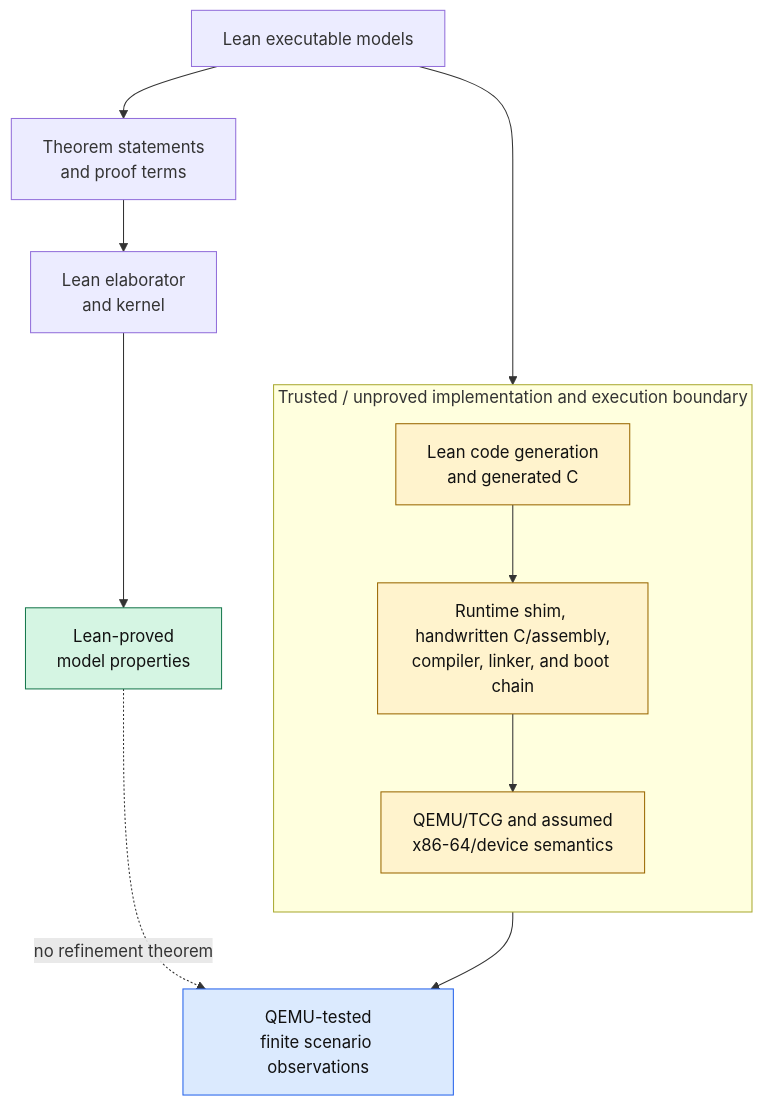
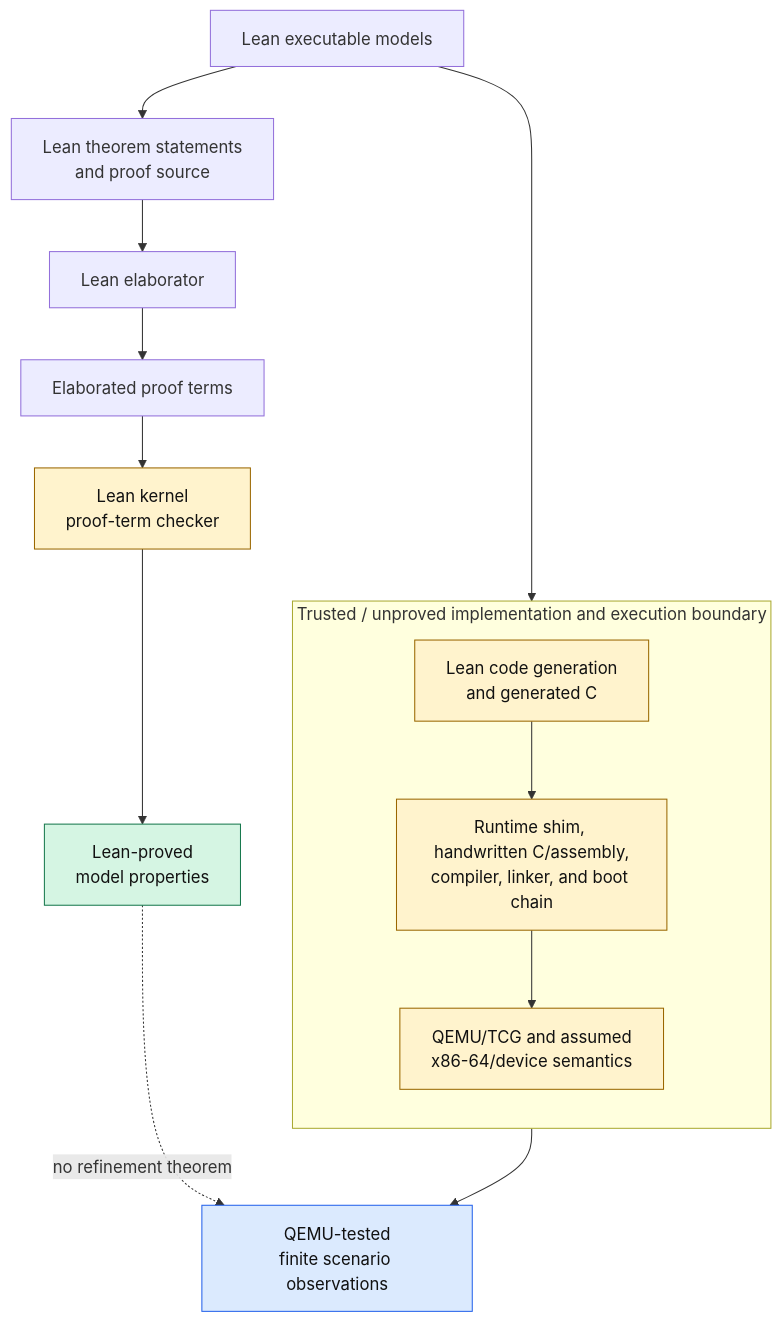
The diagram in README.md (rudi-cilibrasi/leanos), drawn with Mermaid before and after one commit. The commit also changed other lines of this file, not shown here.

Commit message:
docs: show proof checker trust boundary

````diff
--- a/README.md
+++ b/README.md
@@ -20,25 +20,27 @@
 ```mermaid
 flowchart TB
-    M["Lean executable models"] --> T["Theorem statements<br/>and proof terms"]
-    T --> K["Lean elaborator<br/>and kernel"]
+    M["Lean executable models"] --> T["Lean theorem statements<br/>and proof source"]
+    T --> E["Lean elaborator"]
+    E --> R["Elaborated proof terms"]
+    R --> K["Lean kernel<br/>proof-term checker"]
     K --> P["Lean-proved<br/>model properties"]
 
     M --> G
     subgraph TCB["Trusted / unproved implementation and execution boundary"]
         direction TB
         G["Lean code generation<br/>and generated C"]
         B["Runtime shim, handwritten C/assembly,<br/>compiler, linker, and boot chain"]
         Q["QEMU/TCG and assumed<br/>x86-64/device semantics"]
         G --> B --> Q
     end
 
     Q --> O["QEMU-tested<br/>finite scenario observations"]
     P -. "no refinement theorem" .-> O
 
     classDef proved fill:#d5f5e3,stroke:#18794e,color:#111
     classDef tested fill:#dbeafe,stroke:#2563eb,color:#111
     classDef trusted fill:#fff3cd,stroke:#9a6700,color:#111
     class P proved
     class O tested
-    class G,B,Q trusted
+    class K,G,B,Q trusted
 ```
````
